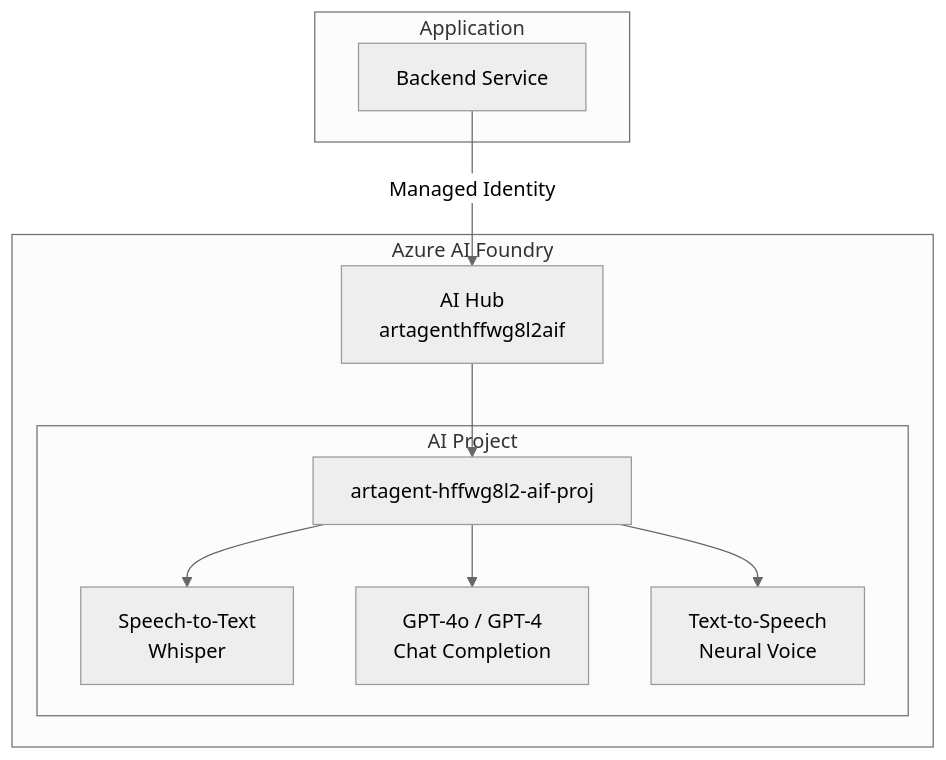
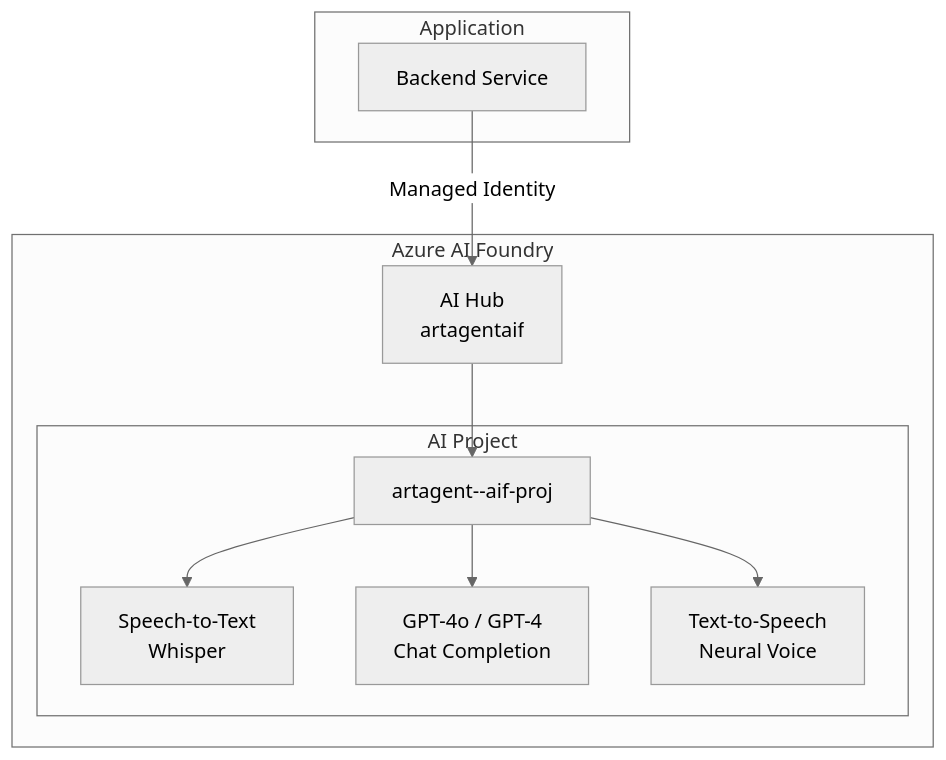
Before and after one commit to kevinevans1/genai_wiki: the diagram in docs/integrations/azure-ai.md, drawn with Mermaid (neutral theme). The commit also changed other lines of this file and 12 other files, not shown here.

````diff
--- a/docs/integrations/azure-ai.md
+++ b/docs/integrations/azure-ai.md
@@ -14,23 +14,23 @@
 ```mermaid
 graph TB
     subgraph "Application"
         BE[Backend Service]
     end
     
     subgraph "Azure AI Foundry"
-        HUB[AI Hub<br/>artagenthffwg8l2aif]
+        HUB[AI Hub<br/>artagent<suffix>aif]
         
         subgraph "AI Project"
-            PROJ[artagent-hffwg8l2-aif-proj]
+            PROJ[artagent-<suffix>-aif-proj]
             STT[Speech-to-Text<br/>Whisper]
             GPT[GPT-4o / GPT-4<br/>Chat Completion]
             TTS[Text-to-Speech<br/>Neural Voice]
         end
     end
     
     BE --> |"Managed Identity"| HUB
     HUB --> PROJ
     PROJ --> STT
     PROJ --> GPT
     PROJ --> TTS
 ```
````
